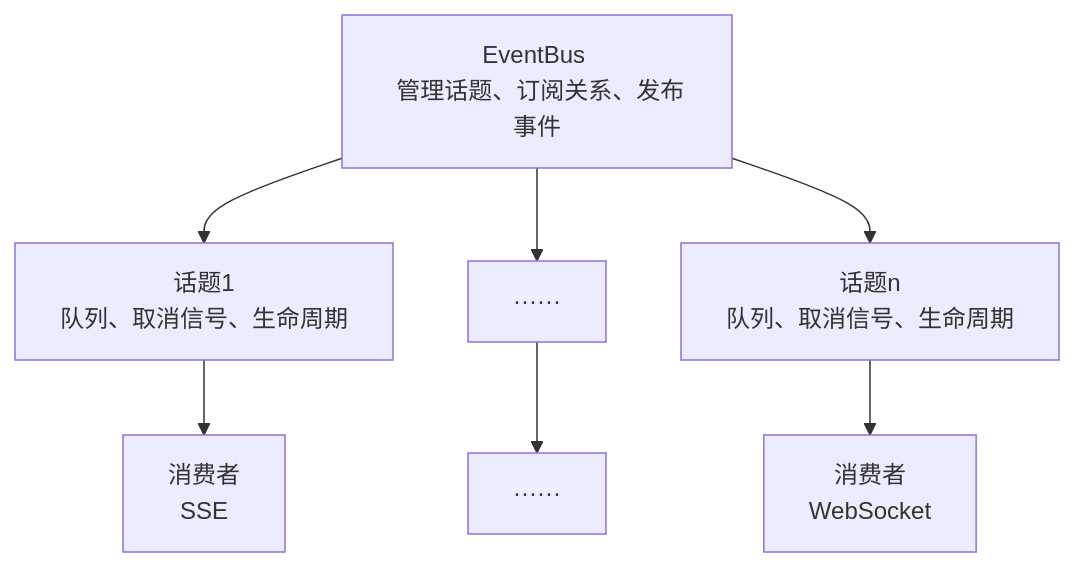
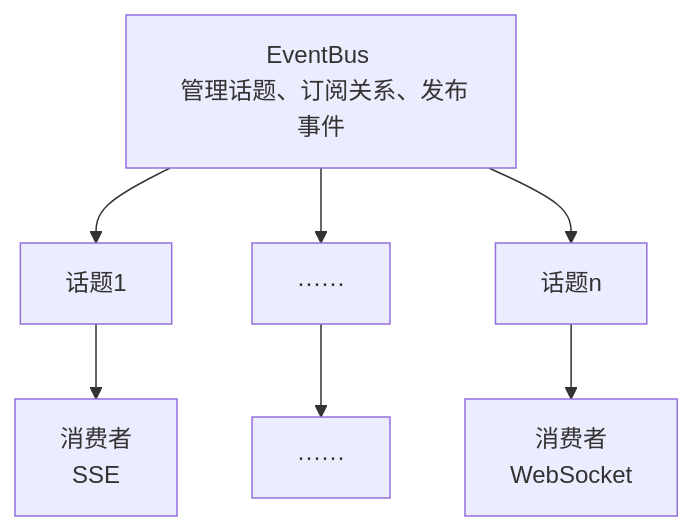
Before and after one commit to shanhuayuan/xinshi: the diagram in README.md, drawn with Mermaid. The commit also changed 6 other files, not shown here.

````diff
--- a/README.md
+++ b/README.md
@@ -4,12 +4,12 @@
 ```mermaid
 flowchart TD
     A["EventBus \n 管理话题、订阅关系、发布事件"]
 
-    A --> B["话题1 \n 队列、取消信号、生命周期"]
+    A --> B["话题1"]
     A --> C["······"]
-    A --> D["话题n \n 队列、取消信号、生命周期"]
+    A --> D["话题n"]
 
     B --> E["消费者 \n SSE"]
     C --> F["······"]
     D --> G["消费者 \n WebSocket"]
 ```
````
